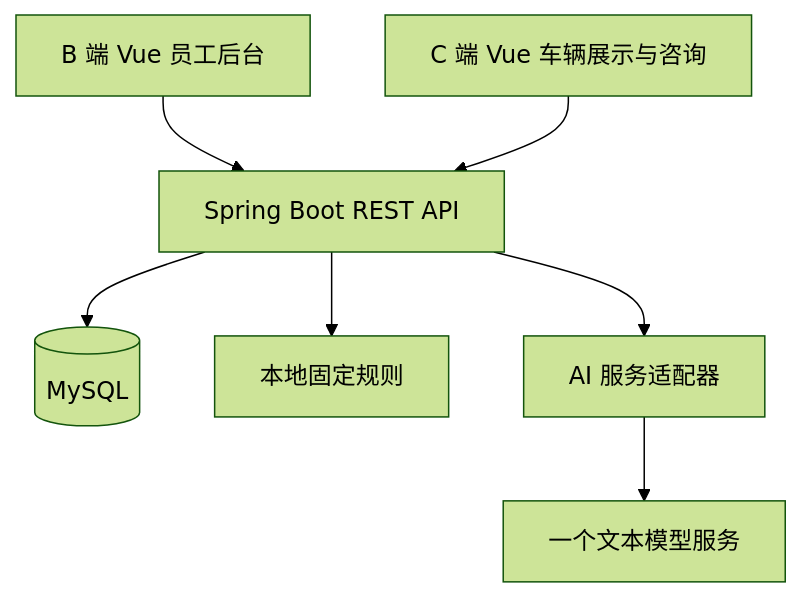
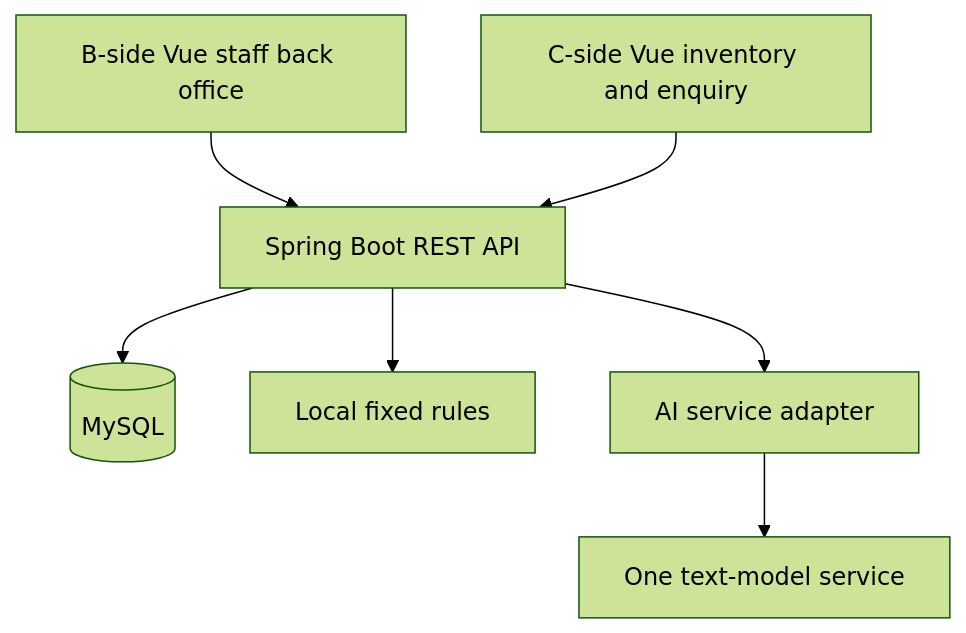
The first of 2 diagrams in design/03-Architecture-and-Data.md (YUANDONG-YANG/DealerOps), drawn with Mermaid (forest theme) before and after one commit. The commit also changed other lines of this file and 36 other files, not shown here.

````diff
--- a/design/03-Architecture-and-Data.md
+++ b/design/03-Architecture-and-Data.md
@@ -15,9 +15,9 @@
 ```mermaid
 flowchart TB
-  B[B 端 Vue 员工后台] --> API[Spring Boot REST API]
-  C[C 端 Vue 车辆展示与咨询] --> API
+  B[B-side Vue staff back office] --> API[Spring Boot REST API]
+  C[C-side Vue inventory and enquiry] --> API
   API --> DB[(MySQL)]
-  API --> RULE[本地固定规则]
-  API --> ADAPTER[AI 服务适配器]
-  ADAPTER --> AI[一个文本模型服务]
+  API --> RULE[Local fixed rules]
+  API --> ADAPTER[AI service adapter]
+  ADAPTER --> AI[One text-model service]
 ```
````
